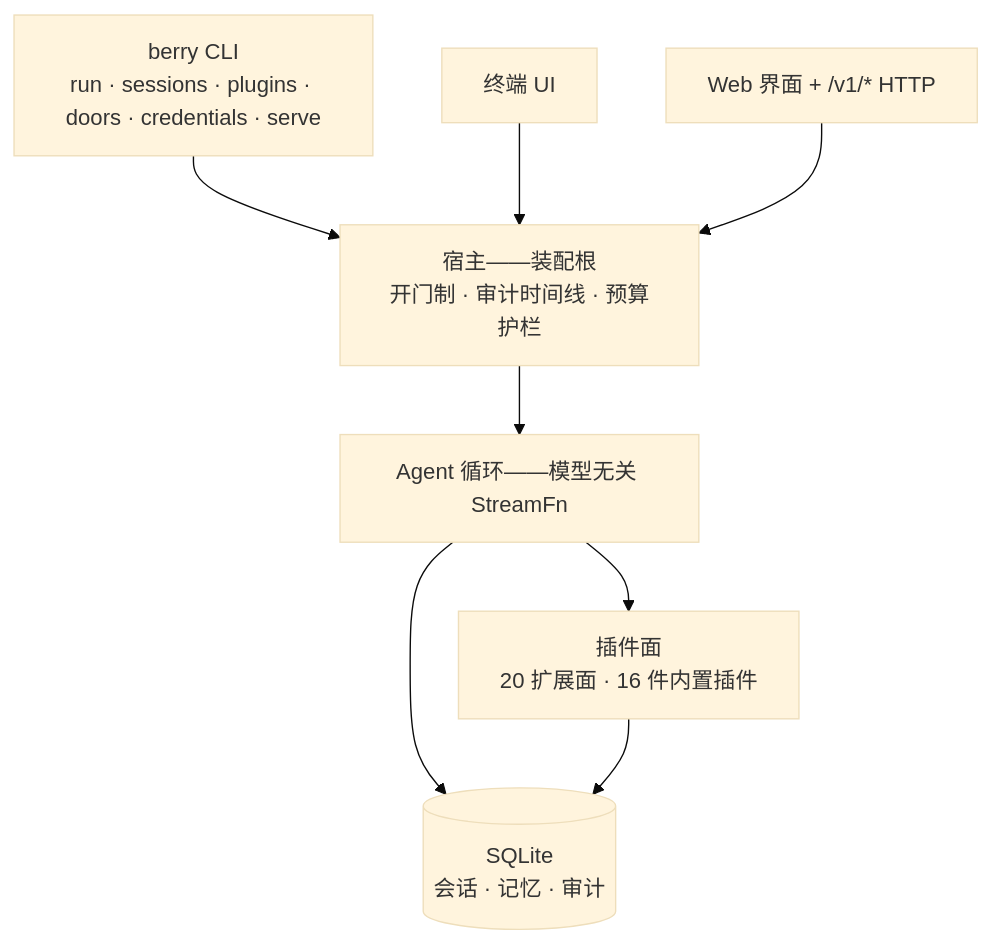
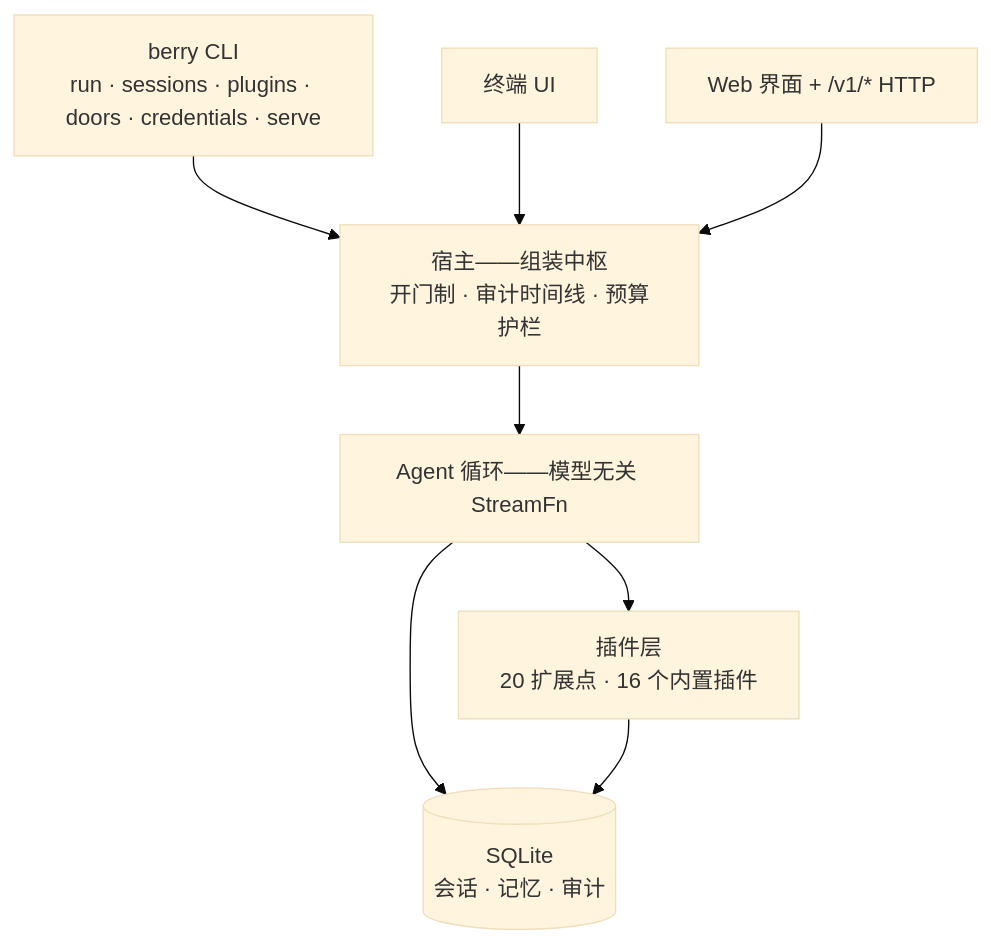
One commit to miuiadmin/berry-agent changed the diagram in README.zh.md. Above: the diagram before and after it, drawn with Mermaid (base theme). The commit also changed other lines of this file and 8 other files, not shown here.

````diff
--- a/README.zh.md
+++ b/README.zh.md
@@ -154,17 +154,17 @@
 ```mermaid
 graph TD
     CLI["berry CLI<br/>run · sessions · plugins · doors · credentials · serve"]
     TUI["终端 UI"]
     WEB["Web 界面 + /v1/* HTTP"]
-    HOST["宿主——装配根<br/>开门制 · 审计时间线 · 预算护栏"]
+    HOST["宿主——组装中枢<br/>开门制 · 审计时间线 · 预算护栏"]
     LOOP["Agent 循环——模型无关 StreamFn"]
-    PLUGINS["插件面<br/>20 扩展面 · 16 件内置插件"]
+    PLUGINS["插件层<br/>20 扩展点 · 16 个内置插件"]
     STORE[("SQLite<br/>会话 · 记忆 · 审计")]
     CLI --> HOST
     TUI --> HOST
     WEB --> HOST
     HOST --> LOOP
     LOOP --> PLUGINS
     LOOP --> STORE
     PLUGINS --> STORE
 ```
````
